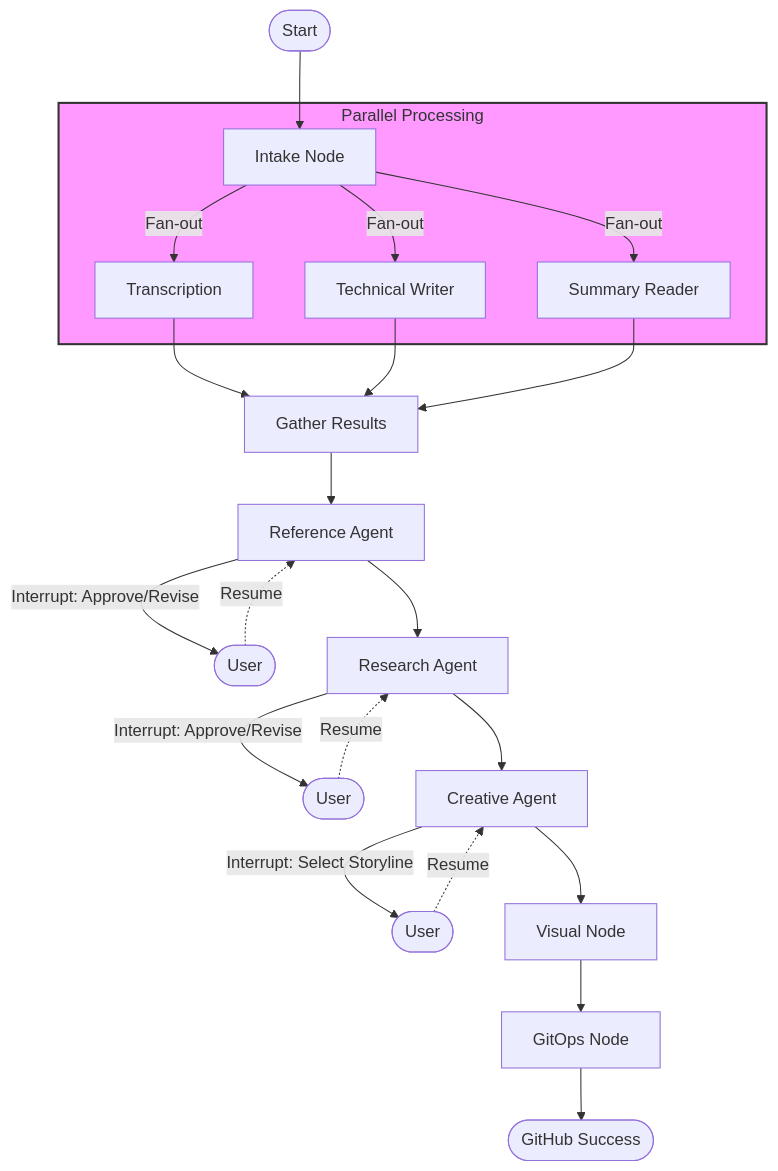
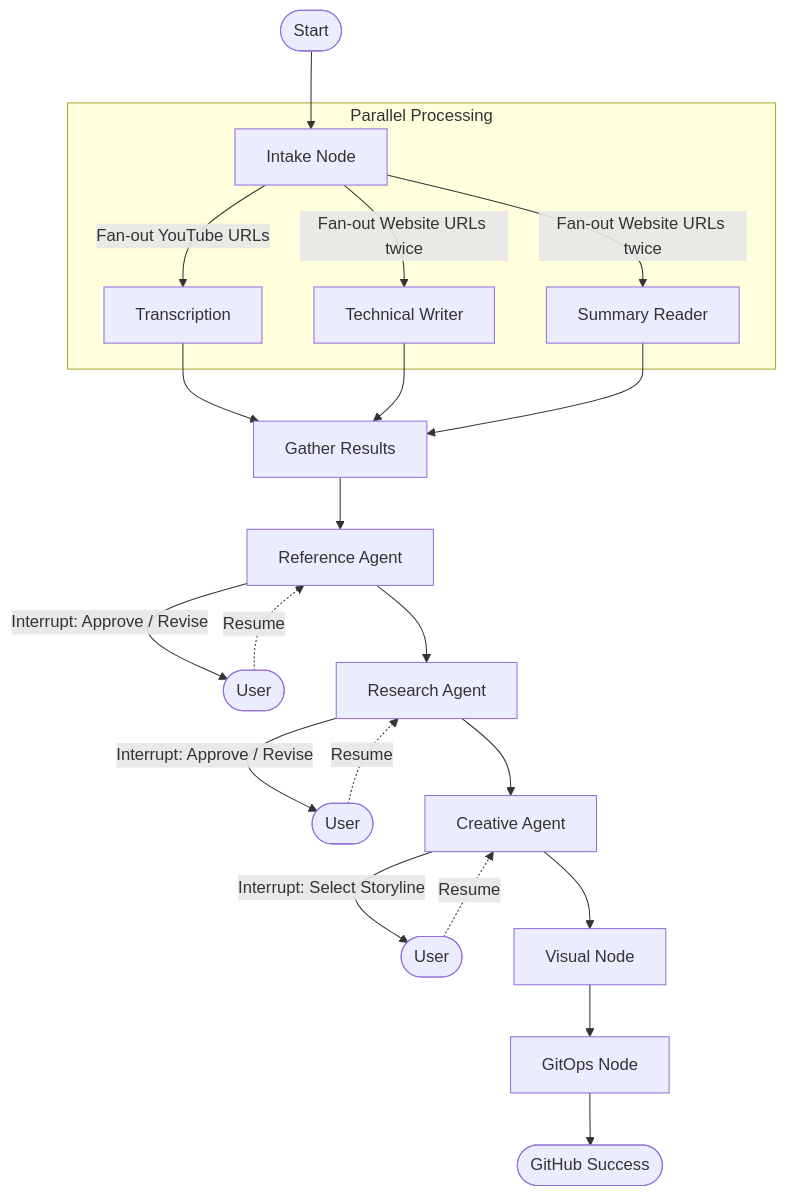
One commit to atilileri/blogger changed the third of 3 diagrams in README.md. Above: the diagram before and after it, drawn with Mermaid. The commit also changed other lines of this file, not shown here.

````diff
--- a/README.md
+++ b/README.md
@@ -254,37 +337,35 @@
 ```mermaid
 graph TD
     %% Entry
     Start([Start]) --> Intake[Intake Node]
     
     %% Parallel Processing
     subgraph Parallel ["Parallel Processing"]
-        Intake -->|Fan-out| Trans[Transcription]
-        Intake -->|Fan-out| Writer[Technical Writer]
-        Intake -->|Fan-out| Reader[Summary Reader]
+        Intake -->|Fan-out YouTube URLs| Trans[Transcription]
+        Intake -->|Fan-out Website URLs twice| Writer[Technical Writer]
+        Intake -->|Fan-out Website URLs twice| Reader[Summary Reader]
     end
     
     %% Synchronization
     Trans --> Gather[Gather Results]
     Writer --> Gather
     Reader --> Gather
     
     %% HitL Chain
     Gather --> Ref[Reference Agent]
-    Ref -- "Interrupt: Approve/Revise" --> User1([User])
+    Ref -->|"Interrupt: Approve / Revise"| User1([User])
     User1 -.->|Resume| Ref
     
     Ref --> Research[Research Agent]
-    Research -- "Interrupt: Approve/Revise" --> User2([User])
+    Research -->|"Interrupt: Approve / Revise"| User2([User])
     User2 -.->|Resume| Research
     
     Research --> Creative[Creative Agent]
-    Creative -- "Interrupt: Select Storyline" --> User3([User])
+    Creative -->|"Interrupt: Select Storyline"| User3([User])
     User3 -.->|Resume| Creative
     
     %% Finalization
     Creative --> Visual[Visual Node]
     Visual --> GitOps[GitOps Node]
     GitOps --> Success([GitHub Success])
-
-    style Parallel fill:#f9f,stroke:#333,stroke-width:2px
 ```
````
